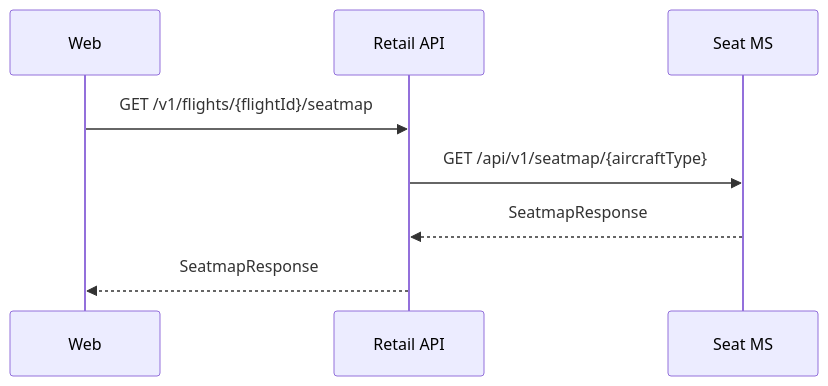
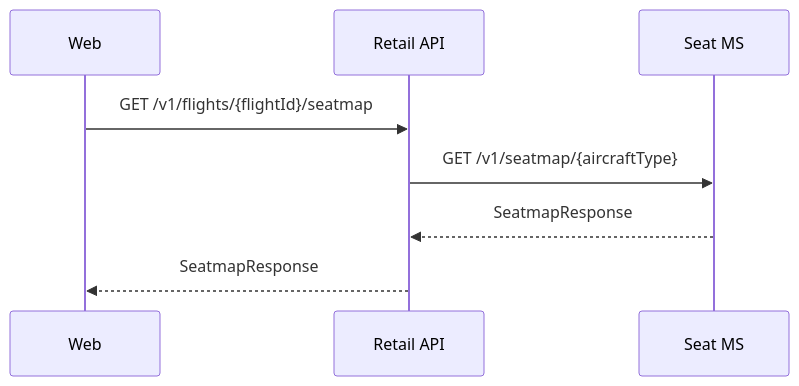
One commit to sebharvey/airline-reservation-system changed the third of 8 diagrams in documentation/sequences/check-in.md. Above: the diagram before and after it, drawn with Mermaid. The commit also changed other lines of this file, not shown here.

First line of the commit message:
Update OLCI sequence diagrams with Timatic integration and accurate flows

````diff
--- a/documentation/sequences/check-in.md
+++ b/documentation/sequences/check-in.md
@@ -67,11 +78,11 @@
 ```mermaid
 sequenceDiagram
     participant Web
     participant RetailAPI as Retail API
     participant SeatMS as Seat MS
 
     Web->>RetailAPI: GET /v1/flights/{flightId}/seatmap
-    RetailAPI->>SeatMS: GET /api/v1/seatmap/{aircraftType}
+    RetailAPI->>SeatMS: GET /v1/seatmap/{aircraftType}
     SeatMS-->>RetailAPI: SeatmapResponse
     RetailAPI-->>Web: SeatmapResponse
 ```
````
